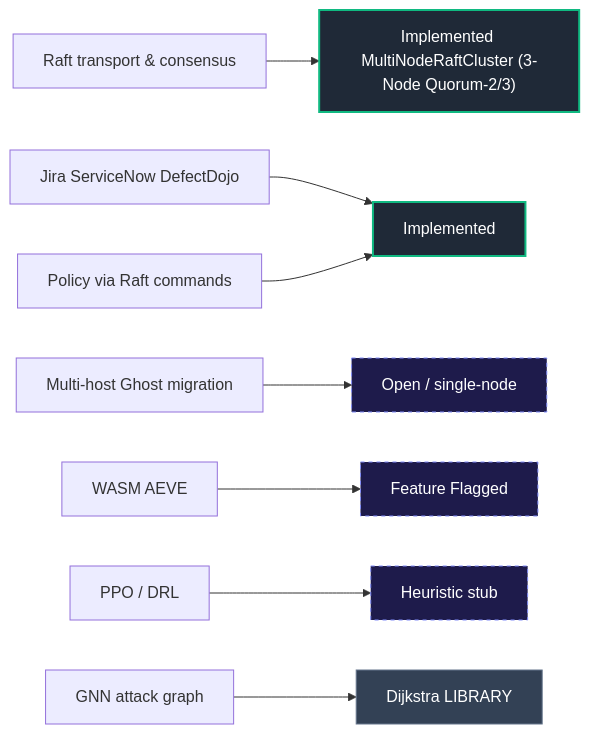
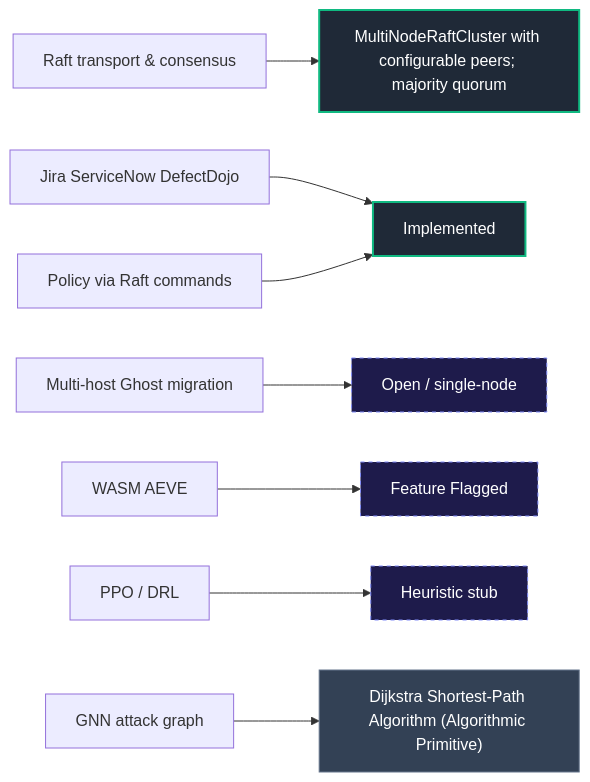
One commit to AviralGup7/Singularity-Zero changed diagram 14 of 16 in docs/flowchart.md. Above: the diagram before and after it, drawn with Mermaid. The commit also changed other lines of this file and 6 other files, not shown here.

````diff
--- a/docs/flowchart.md
+++ b/docs/flowchart.md
@@ -893,17 +893,17 @@
 ```mermaid
 flowchart LR
     classDef impl fill:#1f2937,stroke:#10b981,stroke-width:2px,color:#fff;
     classDef singleNode fill:#1e293b,stroke:#0ea5e9,stroke-width:1px,stroke-dasharray:3 3,color:#fff;
     classDef library fill:#334155,stroke:#64748b,stroke-width:1px,color:#fff;
     classDef specOnly fill:#1e1b4b,stroke:#818cf8,stroke-width:1px,stroke-dasharray:4 4,color:#fff;
     classDef vacuous fill:#27272a,stroke:#71717a,stroke-width:1px,color:#a1a1aa;
     classDef forbidden fill:#450a0a,stroke:#ef4444,stroke-width:2px,color:#fca5a5;
 
-    Raft["Raft transport & consensus"] --> ImplCluster["Implemented MultiNodeRaftCluster (3-Node Quorum-2/3)"]:::impl
+    Raft["Raft transport & consensus"] --> ImplCluster["MultiNodeRaftCluster with configurable peers; majority quorum"]:::impl
     Tickets["Jira ServiceNow DefectDojo"] --> Impl["Implemented"]:::impl
     Policy["Policy via Raft commands"] --> Impl
     Ghost["Multi-host Ghost migration"] --> Open["Open / single-node"]:::specOnly
     WASM["WASM AEVE"] --> Flag["Feature Flagged"]:::specOnly
     PPO["PPO / DRL"] --> Heur["Heuristic stub"]:::specOnly
-    GNN["GNN attack graph"] --> Dijk["Dijkstra LIBRARY"]:::library
+    GNN["GNN attack graph"] --> Dijk["Dijkstra Shortest-Path Algorithm (Algorithmic Primitive)"]:::library
 ```
````
